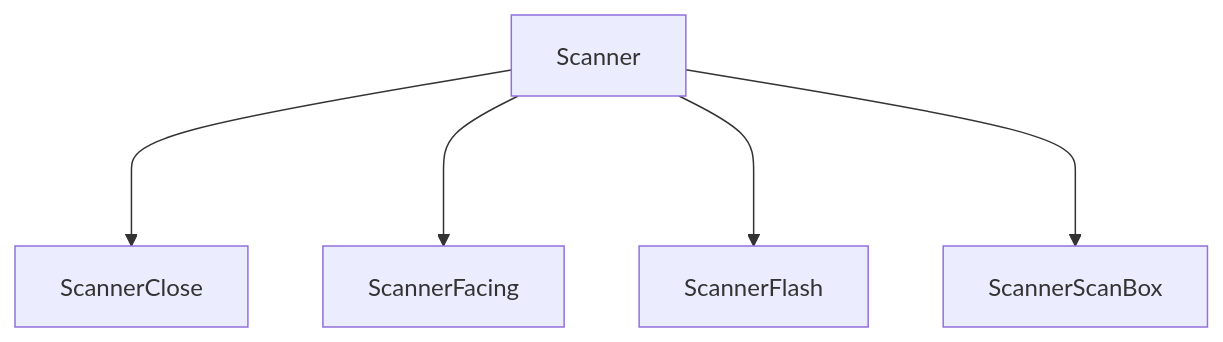
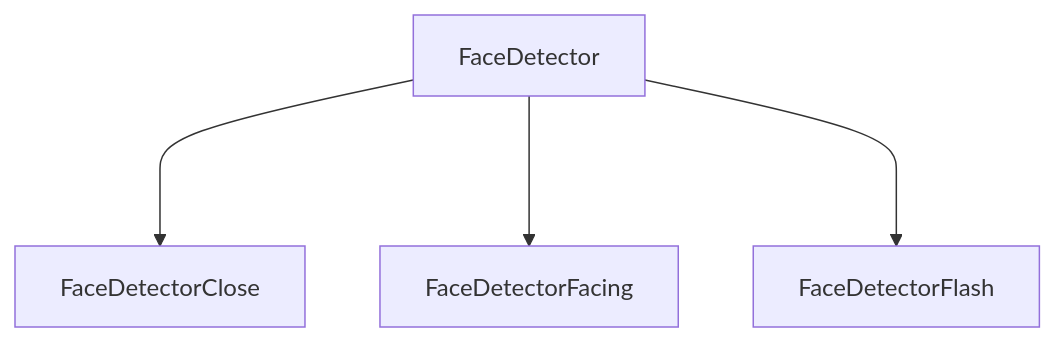
Before and after one commit to opensrc0/fe-pilot: the diagram in __app/component/FaceDetector/README.md, drawn with Mermaid. The commit also changed 1 other file, not shown here.

Commit message:
Added child structure in scanner, voiceRecognition, Text to speech

````diff
--- a/__app/component/FaceDetector/README.md
+++ b/__app/component/FaceDetector/README.md
@@ -183,7 +183,6 @@
 ```mermaid
 graph TD;
-    Scanner--->ScannerClose;
-    Scanner--->ScannerFacing;
-    Scanner--->ScannerFlash;
-    Scanner--->ScannerScanBox;
+    FaceDetector--->FaceDetectorClose;
+    FaceDetector--->FaceDetectorFacing;
+    FaceDetector--->FaceDetectorFlash;
 ```
````
